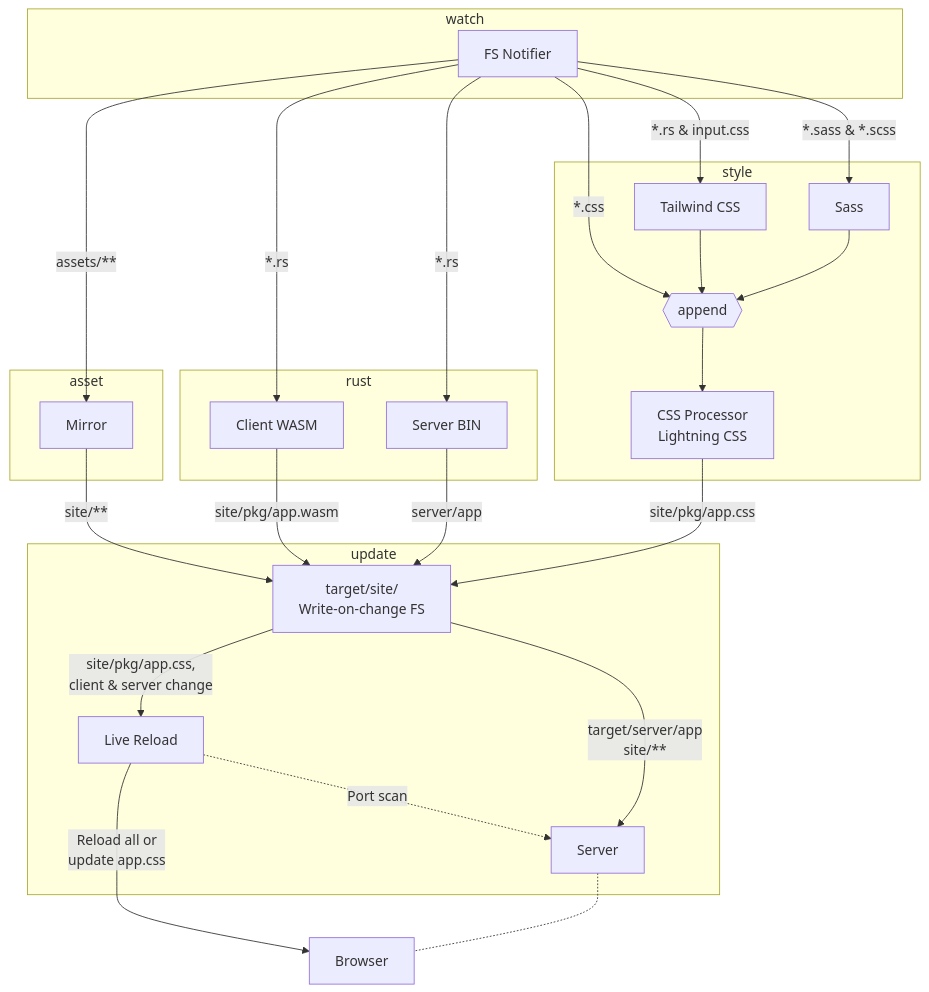
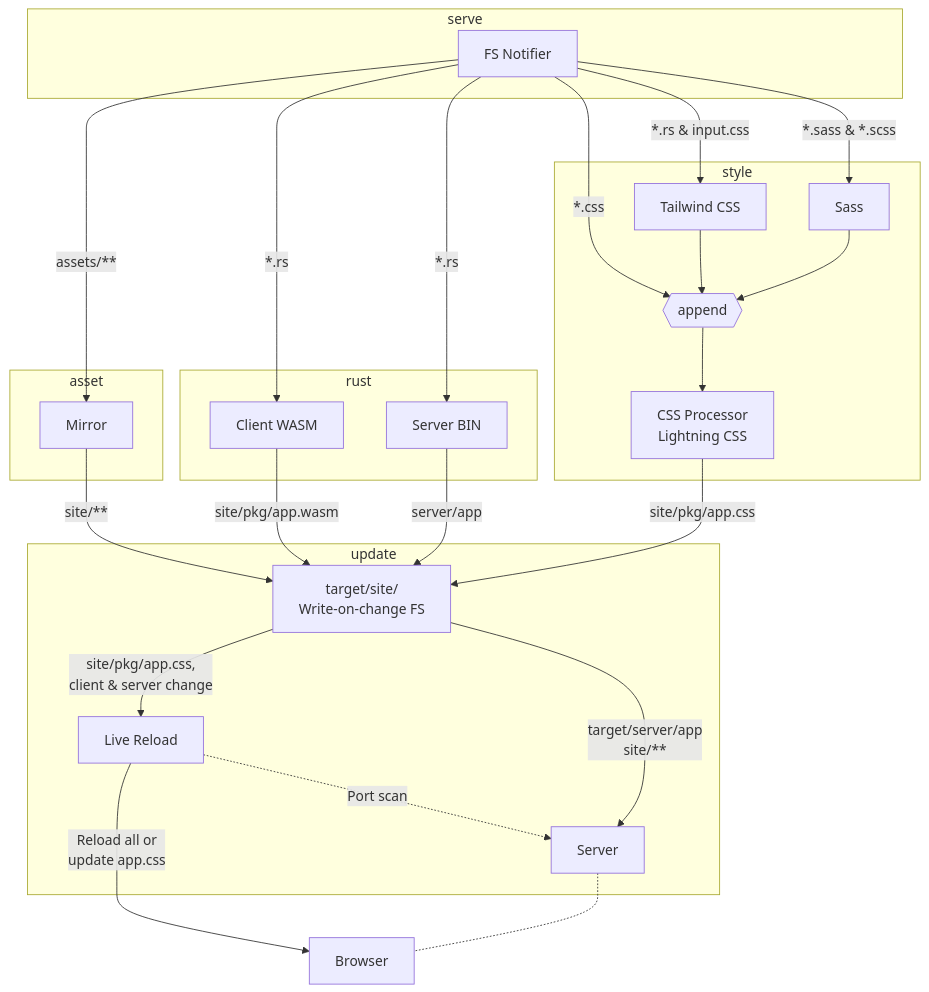
Before and after one commit to glory-rs/glory: the first of 2 diagrams in crates/cli/src/readme.md, drawn with Mermaid. The commit also changed other lines of this file and 124 other files, not shown here.

````diff
--- a/crates/cli/src/readme.md
+++ b/crates/cli/src/readme.md
@@ -70,53 +86,53 @@
 ```mermaid
 graph TD;
-  subgraph Watcher[watch]
+  subgraph Watcher[serve]
     Watch[FS Notifier];
   end
   Watch-->|"*.rs & input.css"| TailW;
   Watch-->|"*.sass & *.scss"| Sass;
   Watch-->|"*.css"| Append;
   Watch-->|"*.rs"| WASM;
   Watch-->|"*.rs"| BIN;
   Watch-->|"assets/**"| Mirror;
 
   subgraph style
     TailW[Tailwind CSS];
     Sass;
     CSSProc[CSS Processor<br>Lightning CSS];
     Append{{append}};
   end
 
   TailW --> Append;
   Sass --> Append;
   Append --> CSSProc;
 
   subgraph rust
     WASM[Client WASM];
     BIN[Server BIN];
   end
 
   subgraph asset
     Mirror
   end
 
   subgraph update
     WOC[target/site/<br>Write-on-change FS];
     Live[Live Reload];
     Server;
   end
 
   Mirror -->|"site/**"| WOC;
   WASM -->|"site/pkg/app.wasm"| WOC;
   BIN -->|"server/app"| WOC;
   CSSProc -->|"site/pkg/app.css"| WOC;
 
   Live -.->|Port scan| Server;
 
   WOC -->|"target/server/app<br>site/**"| Server;
   WOC -->|"site/pkg/app.css, <br>client & server change"| Live;
 
   Live -->|"Reload all or<br>update app.css"| Browser
 
   Browser;
   Server -.- Browser;
 ```
````
